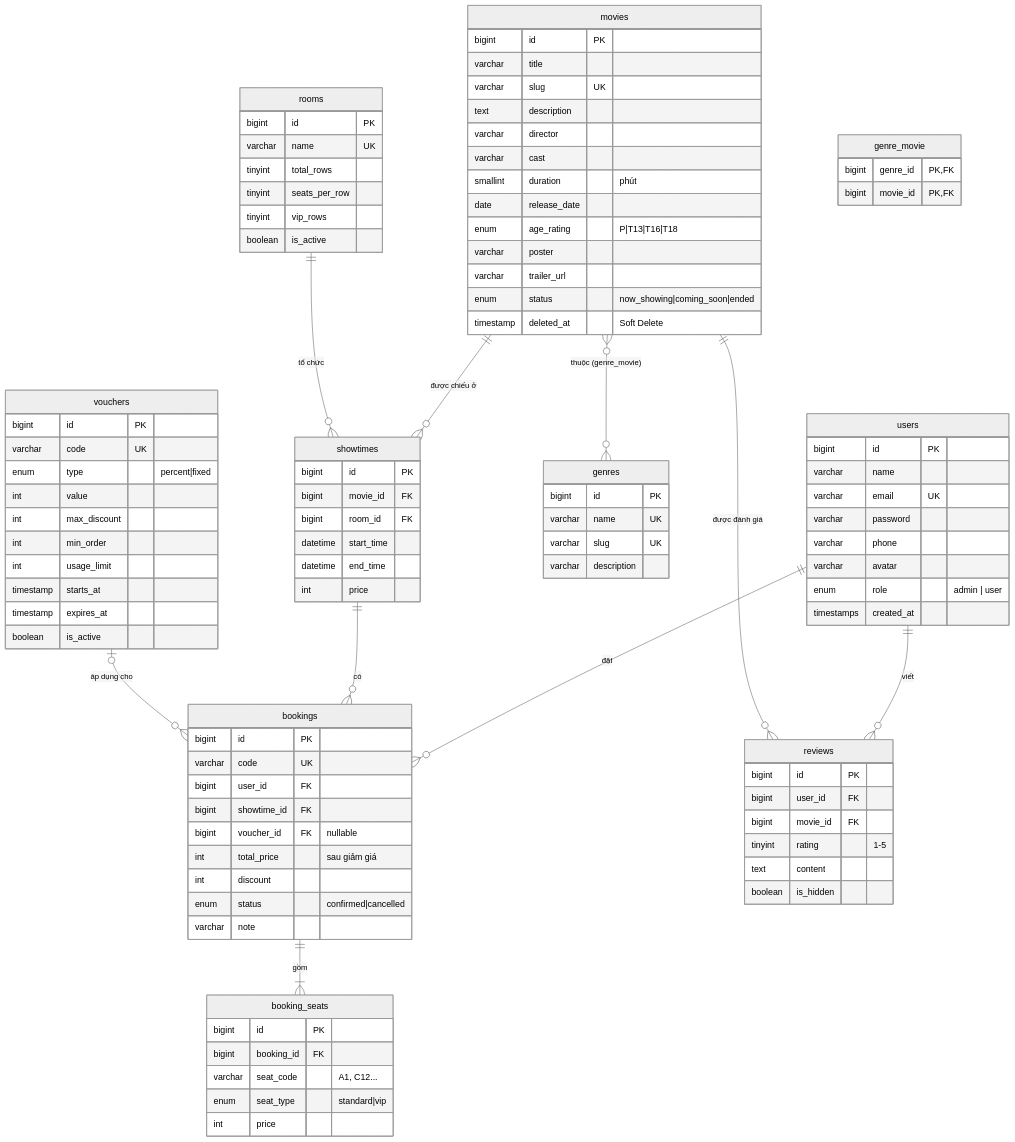
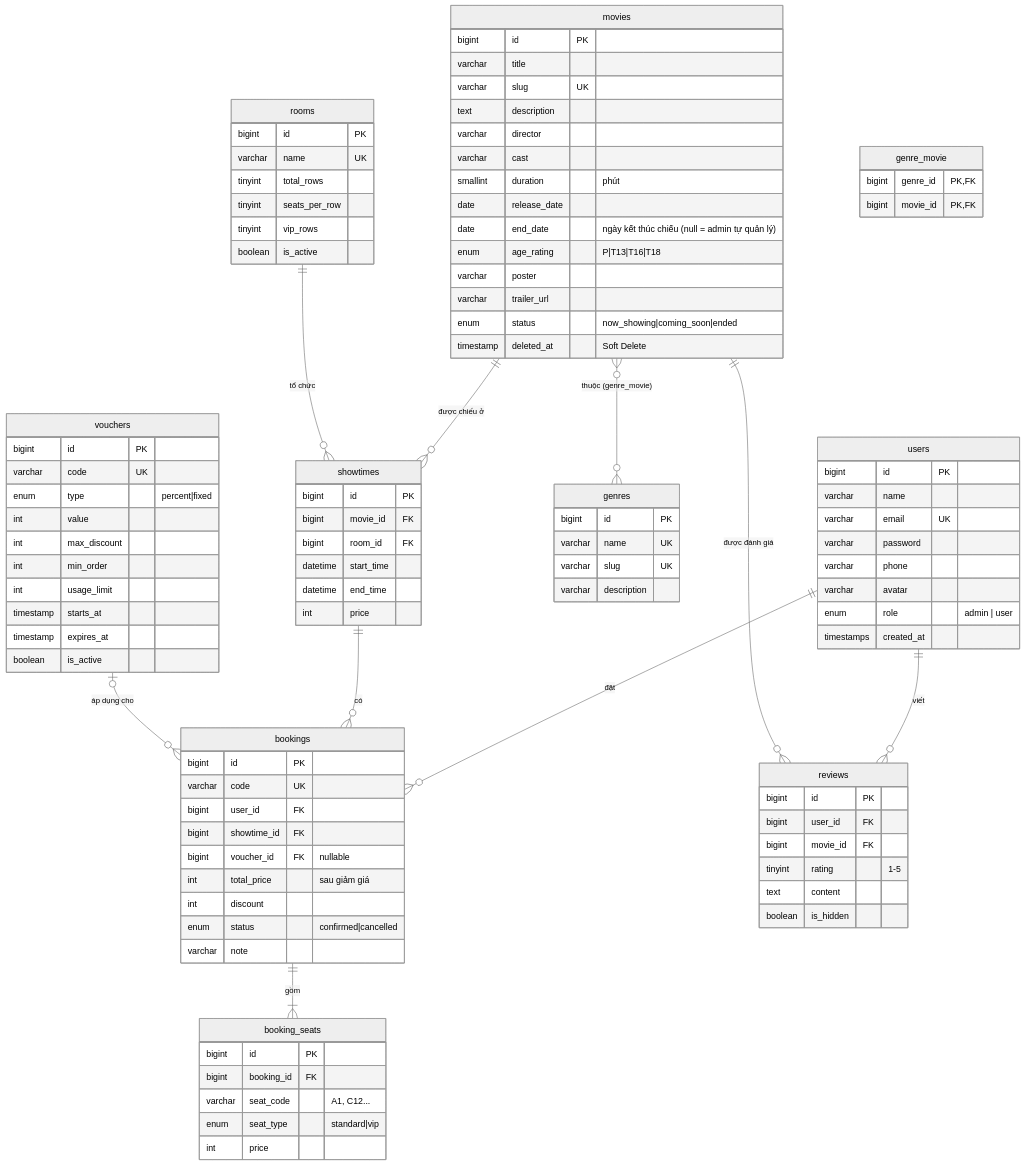
The first of 2 diagrams in docs/THIET_KE.md (Leanhoangy/CineBook), drawn with Mermaid (neutral theme) before and after one commit. The commit also changed other lines of this file and 19 other files, not shown here.

Commit message:
Phim tự ngừng chiếu theo ngày kết thúc, mở bán vé trước cho phim sắp chiếu, lấy phim mới hằng tuần

```diff
--- a/docs/THIET_KE.md
+++ b/docs/THIET_KE.md
@@ -57,6 +57,7 @@
         varchar cast
         smallint duration "phút"
         date release_date
+        date end_date "ngày kết thúc chiếu (null = admin tự quản lý)"
         enum age_rating "P|T13|T16|T18"
         varchar poster
         varchar trailer_url
```
